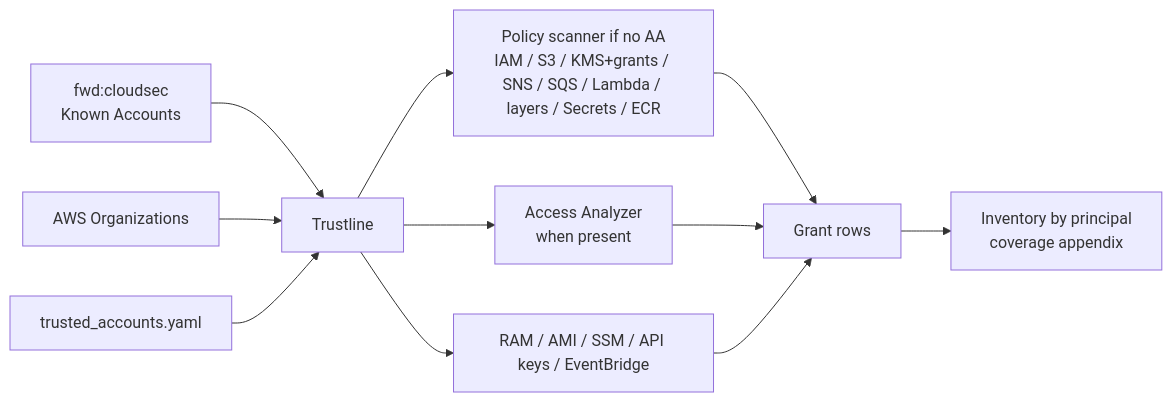
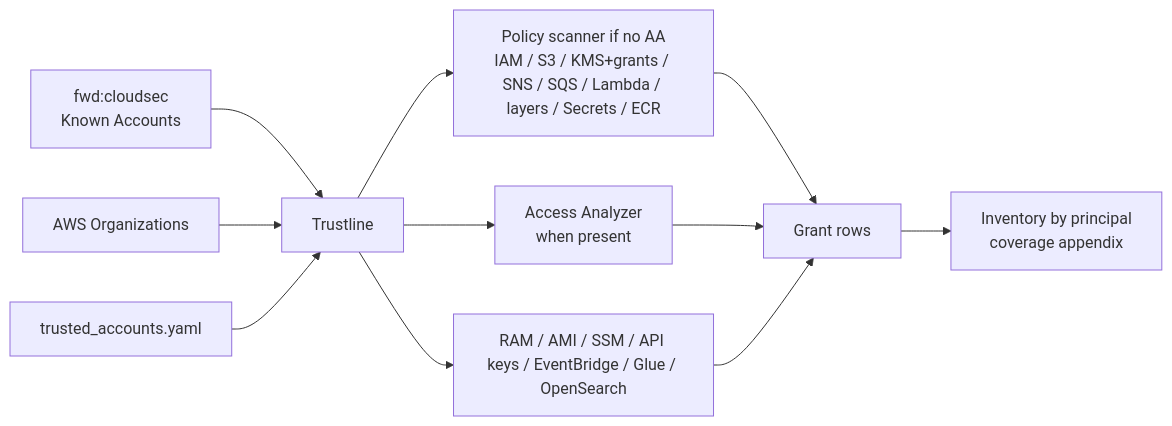
The diagram in README.md (zoph-io/aws-trustline), drawn with Mermaid before and after one commit. The commit also changed other lines of this file and 6 other files, not shown here.

First line of the commit message:
feat: scan Glue and OpenSearch domain policies; add JSON reports

````diff
--- a/README.md
+++ b/README.md
@@ -93,13 +93,13 @@
 ```mermaid
 flowchart LR
     A["fwd:cloudsec<br/>Known Accounts"] --> D[Trustline]
     B[AWS Organizations] --> D
     C[trusted_accounts.yaml] --> D
     D --> P["Policy scanner if no AA<br/>IAM / S3 / KMS+grants / SNS / SQS / Lambda / layers / Secrets / ECR"]
     D --> AA["Access Analyzer<br/>when present"]
-    D --> X["RAM / AMI / SSM / API keys / EventBridge"]
+    D --> X["RAM / AMI / SSM / API keys / EventBridge / Glue / OpenSearch"]
     P --> G["Grant rows"]
     AA --> G
     X --> G
     G --> R["Inventory by principal<br/>coverage appendix"]
 ```
````
